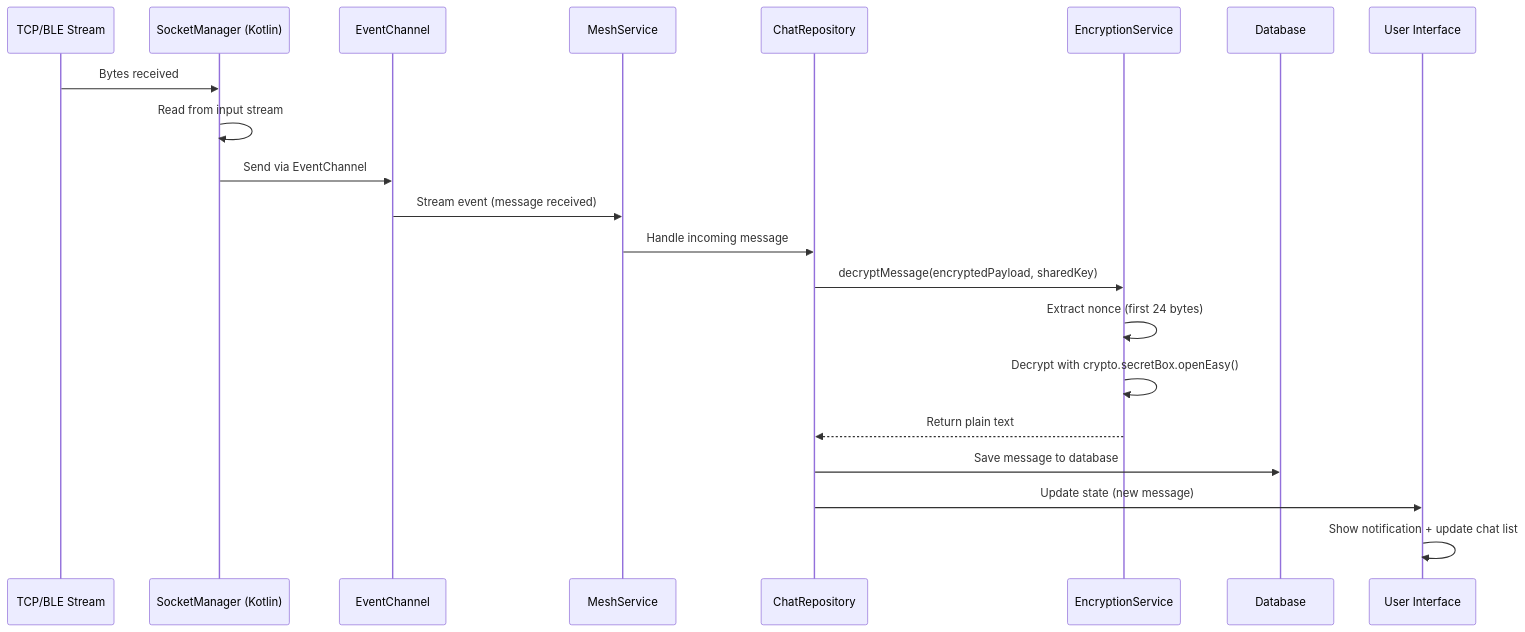
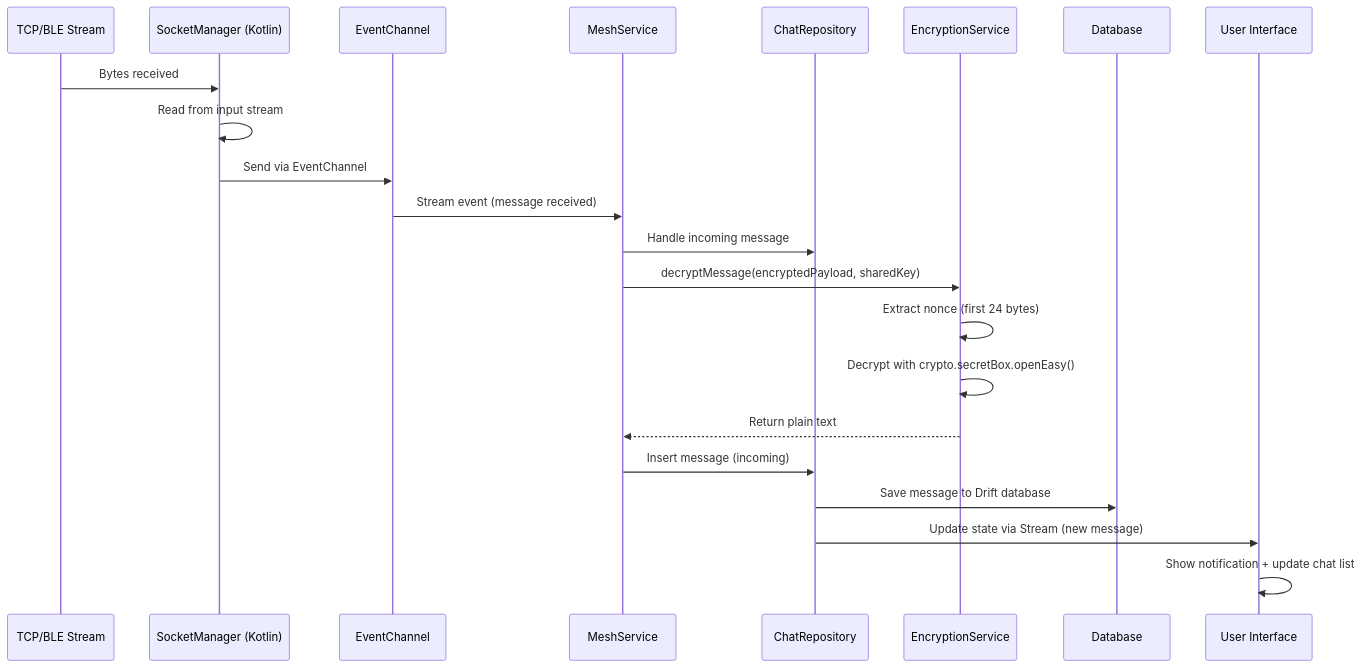
Before and after one commit to obadadallo95/sada-messenger: the fourth of 4 diagrams in docs/ARCHITECTURE.md, drawn with Mermaid. The commit also changed other lines of this file and 83 other files, not shown here.

````diff
--- a/docs/ARCHITECTURE.md
+++ b/docs/ARCHITECTURE.md
@@ -315,24 +329,25 @@
 ```mermaid
 sequenceDiagram
     participant TCP as TCP/BLE Stream
     participant SM as SocketManager (Kotlin)
     participant EC as EventChannel
     participant MS as MeshService
     participant CR as ChatRepository
     participant ES as EncryptionService
     participant DB as Database
     participant UI as User Interface
 
     TCP->>SM: Bytes received
     SM->>SM: Read from input stream
     SM->>EC: Send via EventChannel
     EC->>MS: Stream event (message received)
     MS->>CR: Handle incoming message
-    CR->>ES: decryptMessage(encryptedPayload, sharedKey)
+    MS->>ES: decryptMessage(encryptedPayload, sharedKey)
     ES->>ES: Extract nonce (first 24 bytes)
     ES->>ES: Decrypt with crypto.secretBox.openEasy()
-    ES-->>CR: Return plain text
-    CR->>DB: Save message to database
-    CR->>UI: Update state (new message)
+    ES-->>MS: Return plain text
+    MS->>CR: Insert message (incoming)
+    CR->>DB: Save message to Drift database
+    CR->>UI: Update state via Stream (new message)
     UI->>UI: Show notification + update chat list
 ```
````
